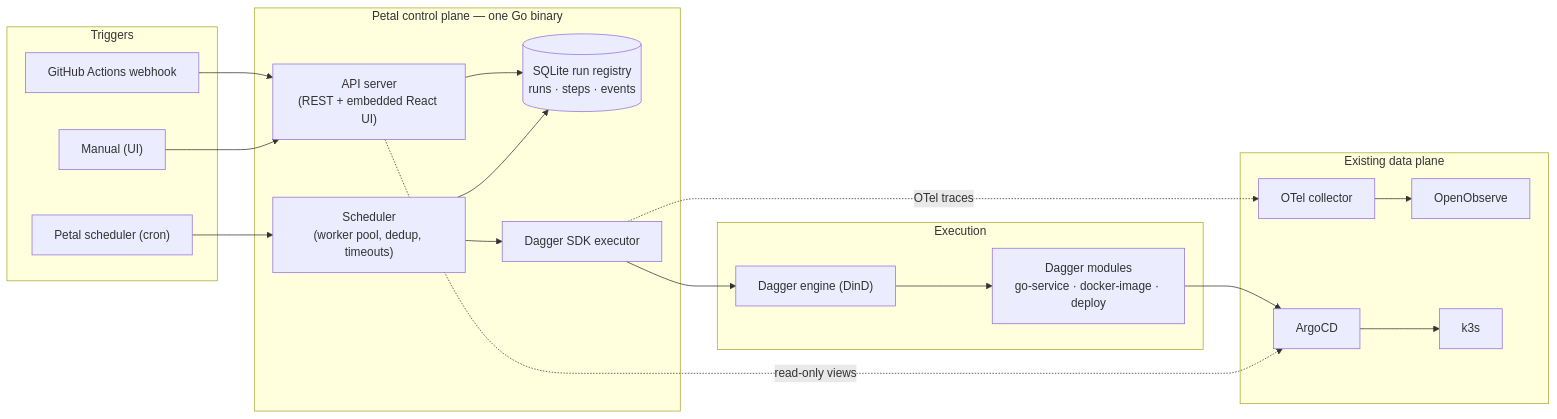
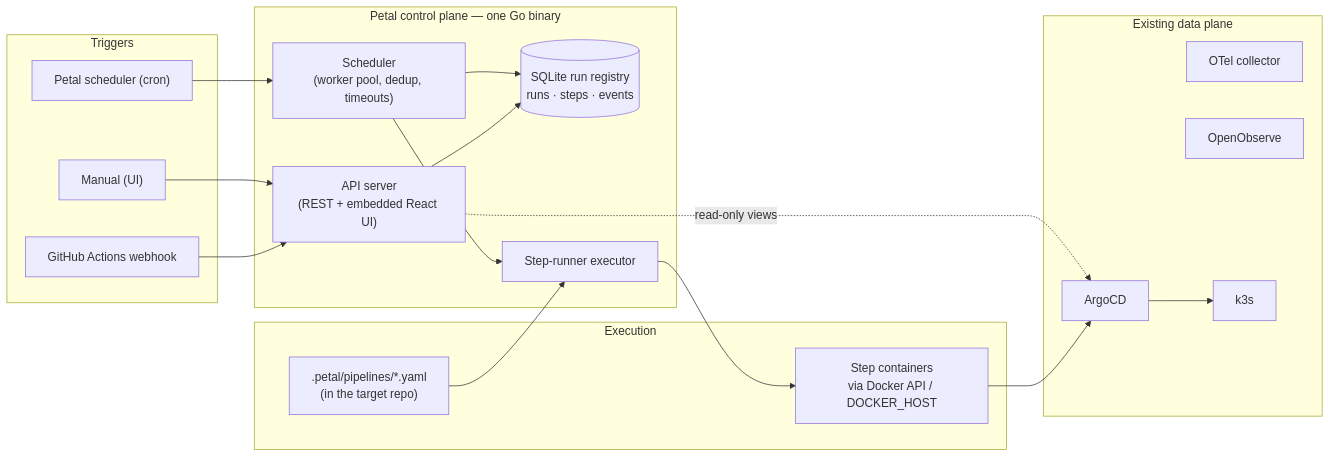
One commit to Blacklotus89898/Petal changed the diagram in README.md. Above: the diagram before and after it, drawn with Mermaid. The commit also changed other lines of this file and 7 other files, not shown here.

First line of the commit message:
docs: scrub Dagger from deploy config, Dockerfile, README; add dogfood pipeline spec

````diff
--- a/README.md
+++ b/README.md
@@ -14,38 +15,38 @@
 ```mermaid
 flowchart LR
   subgraph Triggers["Triggers"]
     GHA["GitHub Actions webhook"]
     CRON["Petal scheduler (cron)"]
     UI["Manual (UI)"]
   end
 
   subgraph Petal["Petal control plane — one Go binary"]
     API["API server<br/>(REST + embedded React UI)"]
     SCHED["Scheduler<br/>(worker pool, dedup, timeouts)"]
     REG[("SQLite run registry<br/>runs · steps · events")]
-    EXEC["Dagger SDK executor"]
+    EXEC["Step-runner executor"]
   end
 
   subgraph Execution["Execution"]
-    DM["Dagger modules<br/>go-service · docker-image · deploy"]
-    ENG["Dagger engine (DinD)"]
+    SPEC[".petal/pipelines/*.yaml<br/>(in the target repo)"]
+    DC["Step containers<br/>via Docker API / DOCKER_HOST"]
   end
 
   subgraph DataPlane["Existing data plane"]
     OTEL["OTel collector"]
     OO["OpenObserve"]
     ARGO["ArgoCD"]
     K3S["k3s"]
   end
 
   GHA --> API
   CRON --> SCHED
   UI --> API
   API --> REG
   SCHED --> REG
   SCHED --> EXEC
-  EXEC --> ENG --> DM
-  DM --> ARGO --> K3S
-  EXEC -. "OTel traces" .-> OTEL --> OO
+  SPEC --> EXEC
+  EXEC --> DC
+  DC --> ARGO --> K3S
   API -. "read-only views" .-> ARGO
 ```
````
